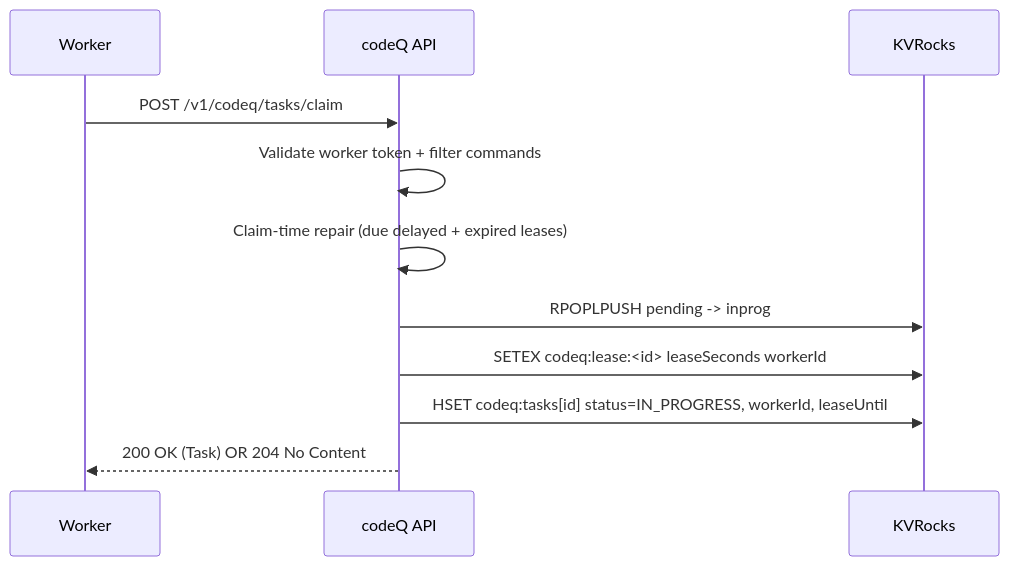
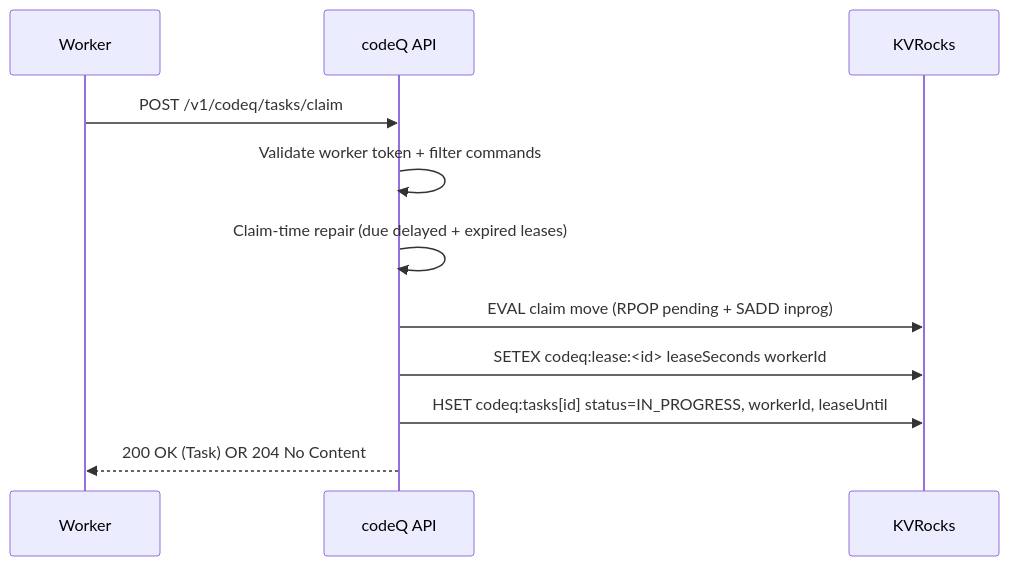
One commit to osvaldoandrade/codeq changed the third of 5 diagrams in wiki/Architecture.md. Above: the diagram before and after it, drawn with Mermaid. The commit also changed other lines of this file and 23 other files, not shown here.

````diff
--- a/wiki/Architecture.md
+++ b/wiki/Architecture.md
@@ -57,14 +57,14 @@
 ```mermaid
 sequenceDiagram
   participant W as Worker
   participant A as codeQ API
   participant K as KVRocks
 
   W->>A: POST /v1/codeq/tasks/claim
   A->>A: Validate worker token + filter commands
   A->>A: Claim-time repair (due delayed + expired leases)
-  A->>K: RPOPLPUSH pending -> inprog
+  A->>K: EVAL claim move (RPOP pending + SADD inprog)
   A->>K: SETEX codeq:lease:<id> leaseSeconds workerId
   A->>K: HSET codeq:tasks[id] status=IN_PROGRESS, workerId, leaseUntil
   A-->>W: 200 OK (Task) OR 204 No Content
 ```
````
